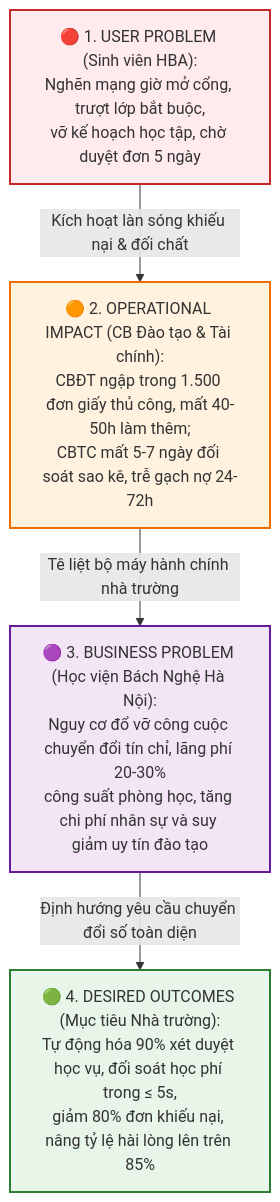
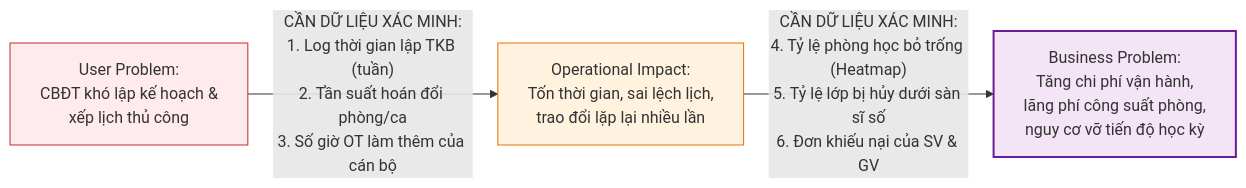
One commit to cacancap/IT3120_QuanLyDaoTao changed the second of 3 diagrams in bai-tap-1/BAO-CAO-TONG-HOP-NHOM.md. Above: the diagram before and after it, drawn with Mermaid. The commit also changed other lines of this file and 1 other file, not shown here.

````diff
--- a/bai-tap-1/BAO-CAO-TONG-HOP-NHOM.md
+++ b/bai-tap-1/BAO-CAO-TONG-HOP-NHOM.md
@@ -232,16 +177,9 @@
 ```mermaid
-flowchart TD
-    UP["🔴 1. USER PROBLEM (Sinh viên HBA):<br/>Nghẽn mạng giờ mở cổng, trượt lớp bắt buộc,<br/>vỡ kế hoạch học tập, chờ duyệt đơn 5 ngày"]
-    OI["🟠 2. OPERATIONAL IMPACT (CB Đào tạo & Tài chính):<br/>CBĐT ngập trong 1.500 đơn giấy thủ công, mất 40-50h làm thêm;<br/>CBTC mất 5-7 ngày đối soát sao kê, trễ gạch nợ 24-72h"]
-    BP["🟣 3. BUSINESS PROBLEM (Học viện Bách Nghệ Hà Nội):<br/>Nguy cơ đổ vỡ công cuộc chuyển đổi tín chỉ, lãng phí 20-30%<br/>công suất phòng học, tăng chi phí nhân sự và suy giảm uy tín đào tạo"]
-    DO["🟢 4. DESIRED OUTCOMES (Mục tiêu Nhà trường):<br/>Tự động hóa 90% xét duyệt học vụ, đối soát học phí trong ≤ 5s,<br/>giảm 80% đơn khiếu nại, nâng tỷ lệ hài lòng lên trên 85%"]
-
-    UP -->|"Kích hoạt làn sóng khiếu nại & đối chất"| OI
-    OI -->|"Tê liệt bộ máy hành chính nhà trường"| BP
-    BP -->|"Định hướng yêu cầu chuyển đổi số toàn diện"| DO
-
-    style UP fill:#ffebee,stroke:#c62828,stroke-width:2px
-    style OI fill:#fff3e0,stroke:#ef6c00,stroke-width:2px
+flowchart LR
+    UP["User Problem:<br/>CBĐT khó lập kế hoạch &<br/>xếp lịch thủ công"] -->|"CẦN DỮ LIỆU XÁC MINH:<br/>1. Log thời gian lập TKB (tuần)<br/>2. Tần suất hoán đổi phòng/ca<br/>3. Số giờ OT làm thêm của cán bộ"| OI["Operational Impact:<br/>Tốn thời gian, sai lệch lịch,<br/>trao đổi lặp lại nhiều lần"]
+    OI -->|"CẦN DỮ LIỆU XÁC MINH:<br/>4. Tỷ lệ phòng học bỏ trống (Heatmap)<br/>5. Tỷ lệ lớp bị hủy dưới sàn sĩ số<br/>6. Đơn khiếu nại của SV & GV"| BP["Business Problem:<br/>Tăng chi phí vận hành,<br/>lãng phí công suất phòng,<br/>nguy cơ vỡ tiến độ học kỳ"]
+    
+    style UP fill:#ffebee,stroke:#c62828,stroke-width:1px
+    style OI fill:#fff3e0,stroke:#ef6c00,stroke-width:1px
     style BP fill:#f3e5f5,stroke:#6a1b9a,stroke-width:2px
-    style DO fill:#e8f5e9,stroke:#2e7d32,stroke-width:2px
 ```
````
